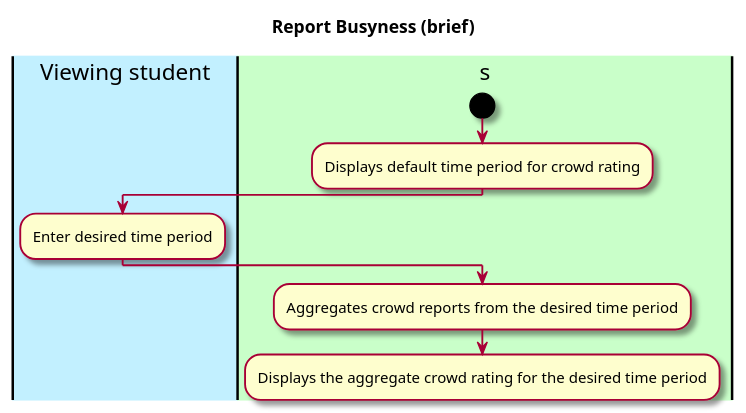
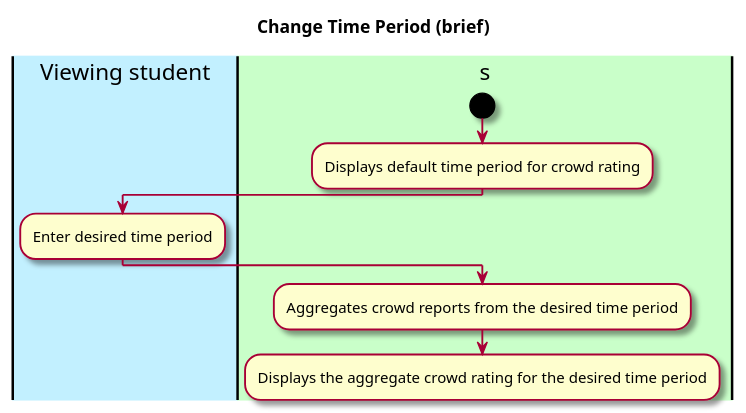
The diagram in intellij/documentation/use_cases/change_time_period.md (manoushpajouh/Vassar-Crowdmeter), drawn with PlantUML before and after one commit.

Commit message:
updated title of use case diagram

````diff
--- a/intellij/documentation/use_cases/change_time_period.md
+++ b/intellij/documentation/use_cases/change_time_period.md
@@ -23,24 +23,24 @@
 ```plantuml
 @startuml
 
 skin rose
 
-title Report Busyness (brief)
+title Change Time Period (brief)
 
 'define the lanes
 |#application|Viewing student|
 |#technology|App|
 
 |App|s
 start
 :Displays default time period for crowd rating;
 
 |Viewing student|
 :Enter desired time period; 
 
 |App|
 :Aggregates crowd reports from the desired time period; 
 :Displays the aggregate crowd rating for the desired time period; 
 
 @enduml
 ```
````
